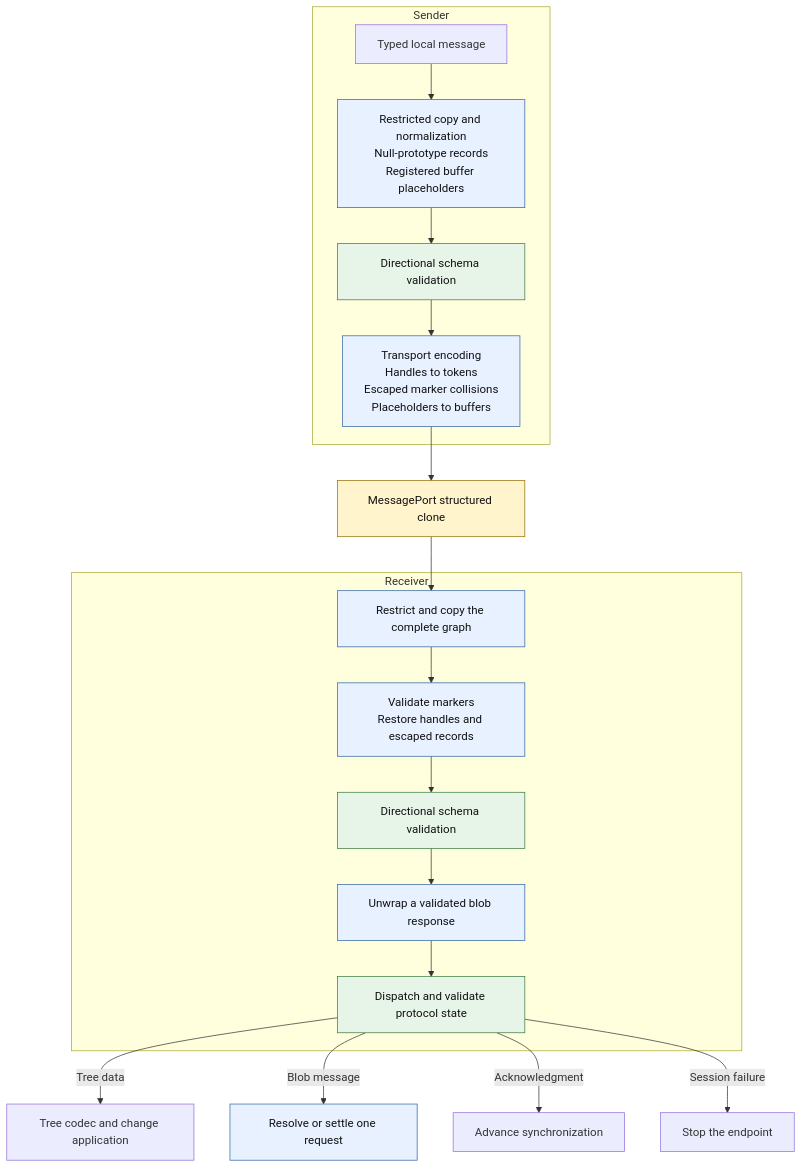
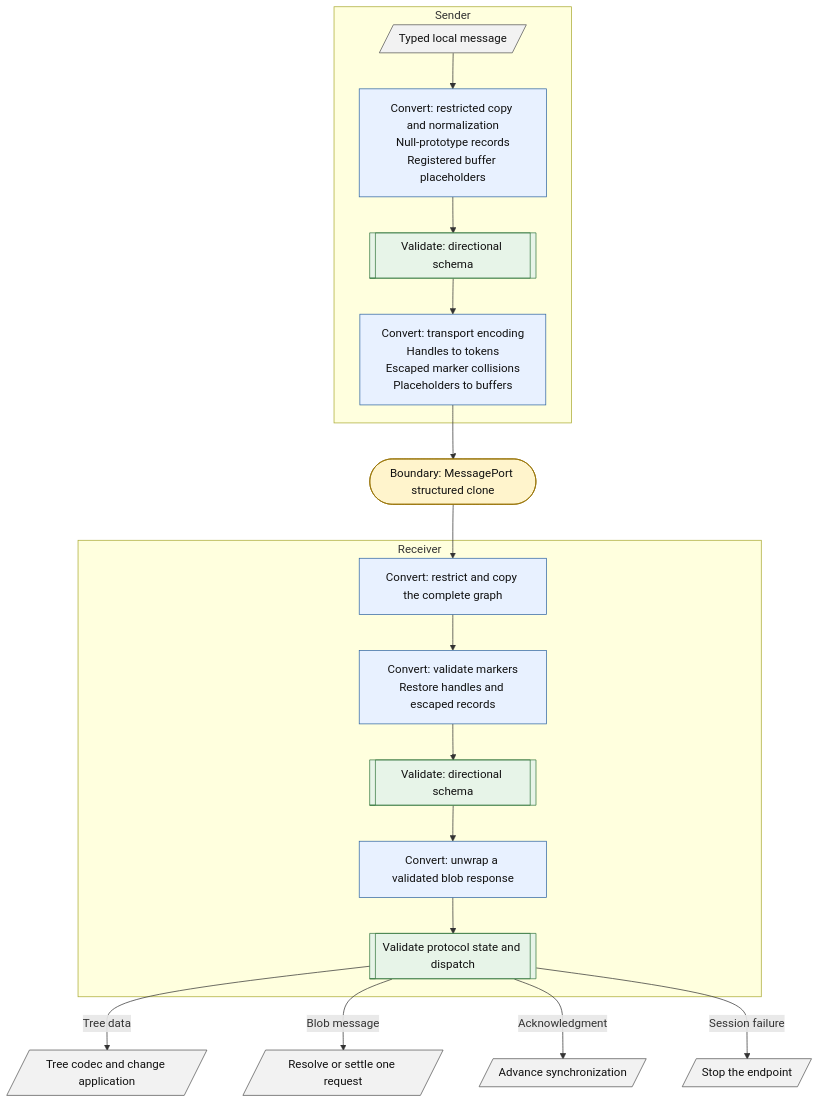
The third of 3 diagrams in packages/dds/tree/src/sandboxing/sandboxing.md (microsoft/FluidFramework), drawn with Mermaid before and after one commit. The commit also changed other lines of this file, not shown here.

First line of the commit message:
docs(tree): clarify sandboxing architecture

````diff
--- a/packages/dds/tree/src/sandboxing/sandboxing.md
+++ b/packages/dds/tree/src/sandboxing/sandboxing.md
@@ -145,35 +156,37 @@
 ```mermaid
 flowchart TB
     subgraph Sending["Sender"]
-        S["Typed local message"]
-        N["Restricted copy and normalization<br/>Null-prototype records<br/>Registered buffer placeholders"]
-        V["Directional schema validation"]
-        E["Transport encoding<br/>Handles to tokens<br/>Escaped marker collisions<br/>Placeholders to buffers"]
+        S[/"Typed local message"/]
+        N["Convert: restricted copy and normalization<br/>Null-prototype records<br/>Registered buffer placeholders"]
+        V[["Validate: directional schema"]]
+        E["Convert: transport encoding<br/>Handles to tokens<br/>Escaped marker collisions<br/>Placeholders to buffers"]
         S --> N --> V --> E
     end
 
-    W["MessagePort structured clone"]
+    W(["Boundary: MessagePort structured clone"])
     E --> W
 
     subgraph Receiving["Receiver"]
-        C["Restrict and copy the complete graph"]
-        U["Validate markers<br/>Restore handles and escaped records"]
-        Q["Directional schema validation"]
-        B["Unwrap a validated blob response"]
-        R["Dispatch and validate protocol state"]
+        C["Convert: restrict and copy the complete graph"]
+        U["Convert: validate markers<br/>Restore handles and escaped records"]
+        Q[["Validate: directional schema"]]
+        B["Convert: unwrap a validated blob response"]
+        R[["Validate protocol state and dispatch"]]
         C --> U --> Q --> B --> R
     end
 
     W --> C
-    R -->|"Tree data"| T["Tree codec and change application"]
-    R -->|"Blob message"| H["Resolve or settle one request"]
-    R -->|"Acknowledgment"| A["Advance synchronization"]
-    R -->|"Session failure"| X["Stop the endpoint"]
+    R -->|"Tree data"| T[/"Tree codec and change application"/]
+    R -->|"Blob message"| H[/"Resolve or settle one request"/]
+    R -->|"Acknowledgment"| A[/"Advance synchronization"/]
+    R -->|"Session failure"| X[/"Stop the endpoint"/]
 
     classDef conversion fill:#e8f1ff,stroke:#3166a3,color:#111;
     classDef validation fill:#e7f4e8,stroke:#397a42,color:#111;
     classDef boundary fill:#fff4cc,stroke:#967000,color:#111;
-    class N,E,C,U,B,H conversion;
+    classDef outcome fill:#f2f2f2,stroke:#555,color:#111;
+    class N,E,C,U,B conversion;
     class V,Q,R validation;
     class W boundary;
+    class S,T,H,A,X outcome;
 ```
````
